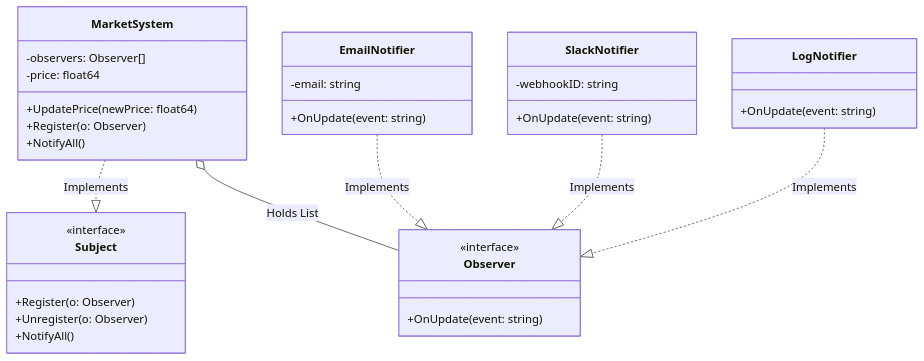
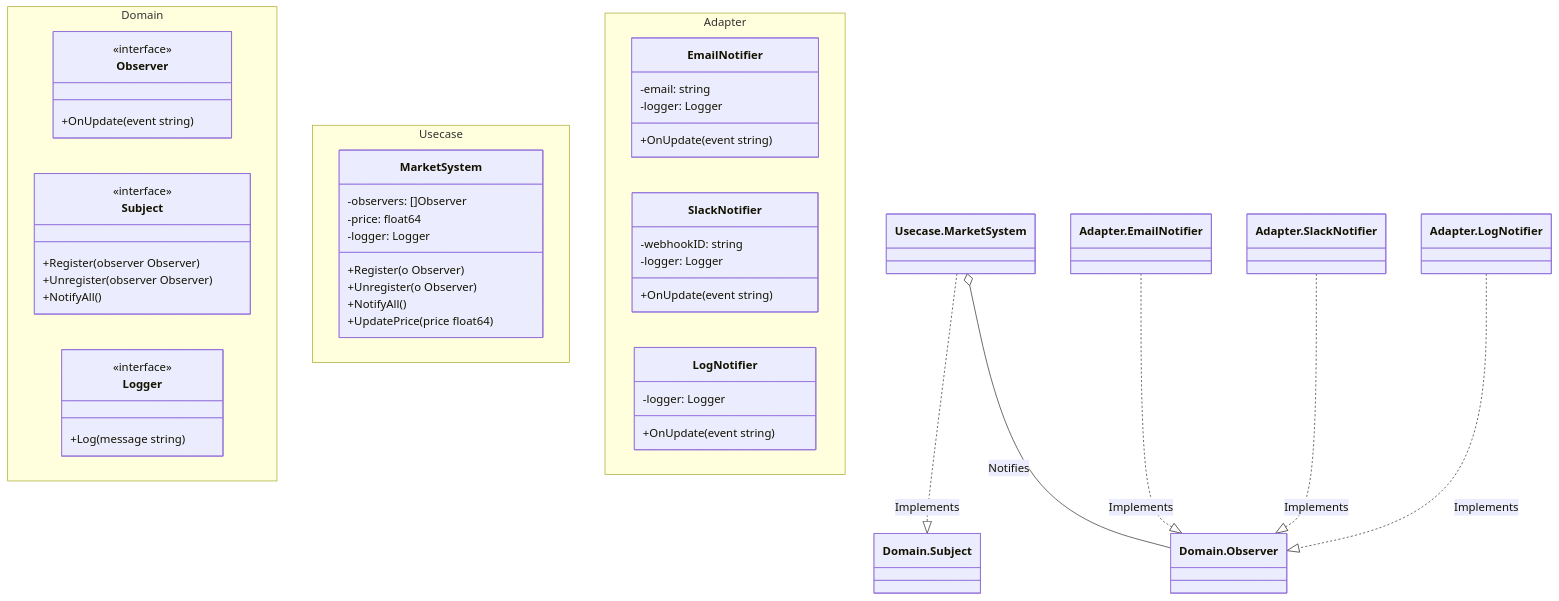
One commit to sokoide/design-patterns changed the diagram in observer-example/README.md. Above: the diagram before and after it, drawn with Mermaid. The commit also changed other lines of this file and 102 other files, not shown here.

````diff
--- a/observer-example/README.md
+++ b/observer-example/README.md
@@ -30,48 +23,57 @@
 ```mermaid
 classDiagram
     direction TB
 
-    %% Domain Layer
-    class Observer {
-        <<interface>>
-        +OnUpdate(event: string)
+    namespace Domain {
+        class Observer {
+            <<interface>>
+            +OnUpdate(event string)
+        }
+        class Subject {
+            <<interface>>
+            +Register(observer Observer)
+            +Unregister(observer Observer)
+            +NotifyAll()
+        }
+        class Logger {
+            <<interface>>
+            +Log(message string)
+        }
     }
 
-    class Subject {
-        <<interface>>
-        +Register(o: Observer)
-        +Unregister(o: Observer)
-        +NotifyAll()
+    namespace Usecase {
+        class MarketSystem {
+            -observers: []Observer
+            -price: float64
+            -logger: Logger
+            +Register(o Observer)
+            +Unregister(o Observer)
+            +NotifyAll()
+            +UpdatePrice(price float64)
+        }
     }
 
-    %% Usecase Layer (Subject Implementation)
-    class MarketSystem {
-        -observers: Observer[]
-        -price: float64
-        +UpdatePrice(newPrice: float64)
-        +Register(o: Observer)
-        +NotifyAll()
-    }
-
-    %% Adapter Layer (Concrete Observers)
-    class EmailNotifier {
-        -email: string
-        +OnUpdate(event: string)
-    }
-
-    class SlackNotifier {
-        -webhookID: string
-        +OnUpdate(event: string)
-    }
-
-    class LogNotifier {
-        +OnUpdate(event: string)
+    namespace Adapter {
+        class EmailNotifier {
+            -email: string
+            -logger: Logger
+            +OnUpdate(event string)
+        }
+        class SlackNotifier {
+            -webhookID: string
+            -logger: Logger
+            +OnUpdate(event string)
+        }
+        class LogNotifier {
+            -logger: Logger
+            +OnUpdate(event string)
+        }
     }
 
     %% Relationships
-    MarketSystem ..|> Subject : Implements
-    MarketSystem o-- Observer : Holds List
-    EmailNotifier ..|> Observer : Implements
-    SlackNotifier ..|> Observer : Implements
-    LogNotifier ..|> Observer : Implements
+    Usecase.MarketSystem ..|> Domain.Subject : Implements
+    Usecase.MarketSystem o-- Domain.Observer : Notifies
+    Adapter.EmailNotifier ..|> Domain.Observer : Implements
+    Adapter.SlackNotifier ..|> Domain.Observer : Implements
+    Adapter.LogNotifier ..|> Domain.Observer : Implements
 ```
````
